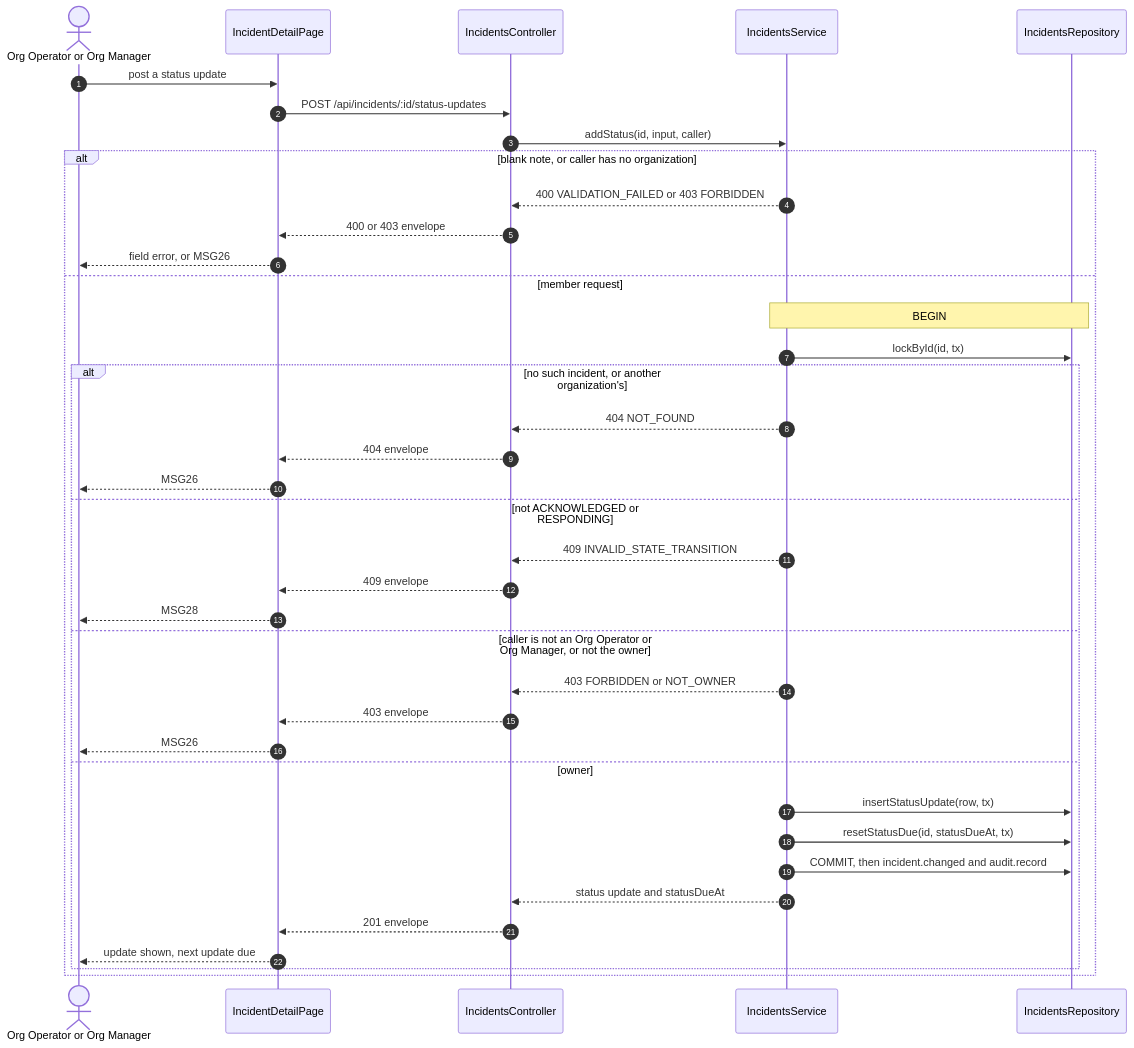
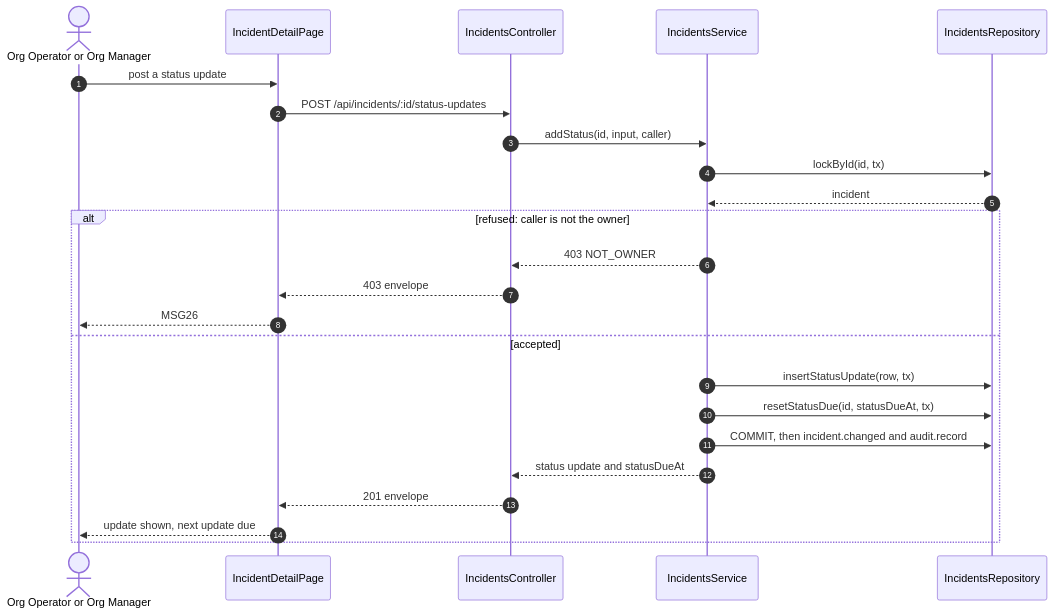
Before and after one commit to TrekLink-Team/treklink-web: the second of 2 diagrams in specs/incidents/api-design/05-post-incidents-id-status-updates.md, drawn with Mermaid. The commit also changed other lines of this file and 8 other files, not shown here.

First line of the commit message:
docs: draw one alt per incidents sequence again

````diff
--- a/specs/incidents/api-design/05-post-incidents-id-status-updates.md
+++ b/specs/incidents/api-design/05-post-incidents-id-status-updates.md
@@ -201,40 +201,26 @@
 ```mermaid
 sequenceDiagram
     autonumber
     actor U as Org Operator or Org Manager
     participant P as IncidentDetailPage
     participant Ctl as IncidentsController
     participant Svc as IncidentsService
     participant R as IncidentsRepository
     U->>P: post a status update
     P->>Ctl: POST /api/incidents/:id/status-updates
     Ctl->>Svc: addStatus(id, input, caller)
-    alt blank note, or caller has no organization
-        Svc-->>Ctl: 400 VALIDATION_FAILED or 403 FORBIDDEN
-        Ctl-->>P: 400 or 403 envelope
-        P-->>U: field error, or MSG26
-    else member request
-        Note over Svc,R: BEGIN
-        Svc->>R: lockById(id, tx)
-        alt no such incident, or another organization's
-            Svc-->>Ctl: 404 NOT_FOUND
-            Ctl-->>P: 404 envelope
-            P-->>U: MSG26
-        else not ACKNOWLEDGED or RESPONDING
-            Svc-->>Ctl: 409 INVALID_STATE_TRANSITION
-            Ctl-->>P: 409 envelope
-            P-->>U: MSG28
-        else caller is not an Org Operator or Org Manager, or not the owner
-            Svc-->>Ctl: 403 FORBIDDEN or NOT_OWNER
-            Ctl-->>P: 403 envelope
-            P-->>U: MSG26
-        else owner
-            Svc->>R: insertStatusUpdate(row, tx)
-            Svc->>R: resetStatusDue(id, statusDueAt, tx)
-            Svc->>R: COMMIT, then incident.changed and audit.record
-            Svc-->>Ctl: status update and statusDueAt
-            Ctl-->>P: 201 envelope
-            P-->>U: update shown, next update due
-        end
+    Svc->>R: lockById(id, tx)
+    R-->>Svc: incident
+    alt refused: caller is not the owner
+        Svc-->>Ctl: 403 NOT_OWNER
+        Ctl-->>P: 403 envelope
+        P-->>U: MSG26
+    else accepted
+        Svc->>R: insertStatusUpdate(row, tx)
+        Svc->>R: resetStatusDue(id, statusDueAt, tx)
+        Svc->>R: COMMIT, then incident.changed and audit.record
+        Svc-->>Ctl: status update and statusDueAt
+        Ctl-->>P: 201 envelope
+        P-->>U: update shown, next update due
     end
 ```
````
